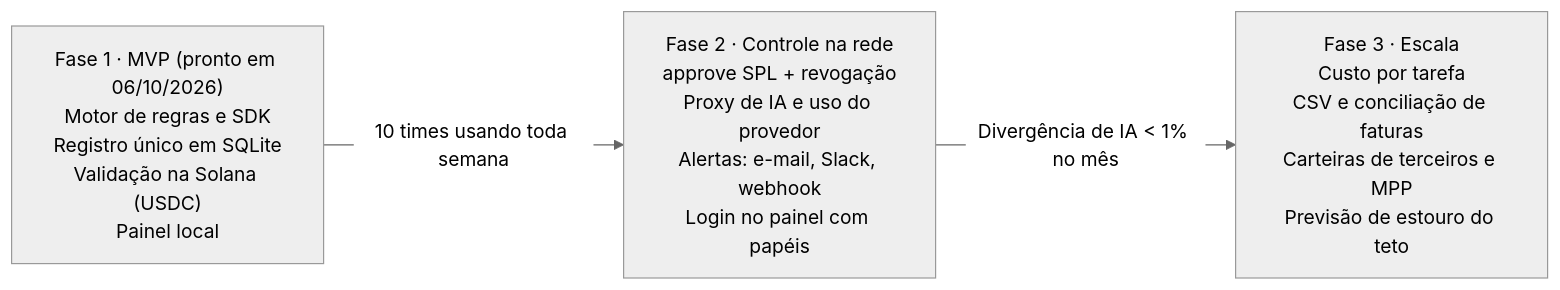
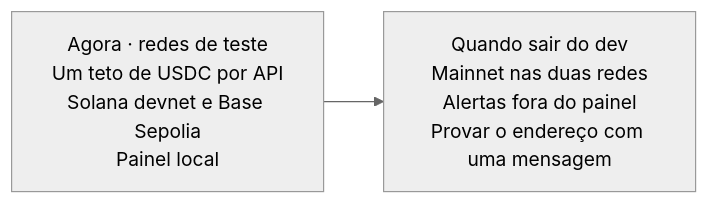
Before and after one commit to lorenasamuel-rgb/Nectrae: the second of 2 diagrams in docs/PRD-v2-Agent-Spend-Control.md, drawn with Mermaid (neutral theme). The commit also changed other lines of this file, not shown here.

Commit message:
Atualiza o PRD para um teto de USDC por API, conferido na Solana devnet e na Base Sepolia.

````diff
--- a/docs/PRD-v2-Agent-Spend-Control.md
+++ b/docs/PRD-v2-Agent-Spend-Control.md
@@ -242,6 +210,5 @@
 ```mermaid
 flowchart LR
-  F1["Fase 1 · MVP (pronto em 06/10/2026)<br/>Motor de regras e SDK<br/>Registro único em SQLite<br/>Validação na Solana (USDC)<br/>Painel local"]
-  -->|"10 times usando toda semana"| F2["Fase 2 · Controle na rede<br/>approve SPL + revogação<br/>Proxy de IA e uso do provedor<br/>Alertas: e-mail, Slack, webhook<br/>Login no painel com papéis"]
-  -->|"Divergência de IA < 1% no mês"| F3["Fase 3 · Escala<br/>Custo por tarefa<br/>CSV e conciliação de faturas<br/>Carteiras de terceiros e MPP<br/>Previsão de estouro do teto"]
+  F1["Agora · redes de teste<br/>Um teto de USDC por API<br/>Solana devnet e Base Sepolia<br/>Painel local"]
+  --> F2["Quando sair do dev<br/>Mainnet nas duas redes<br/>Alertas fora do painel<br/>Provar o endereço com uma mensagem"]
 ```
````
